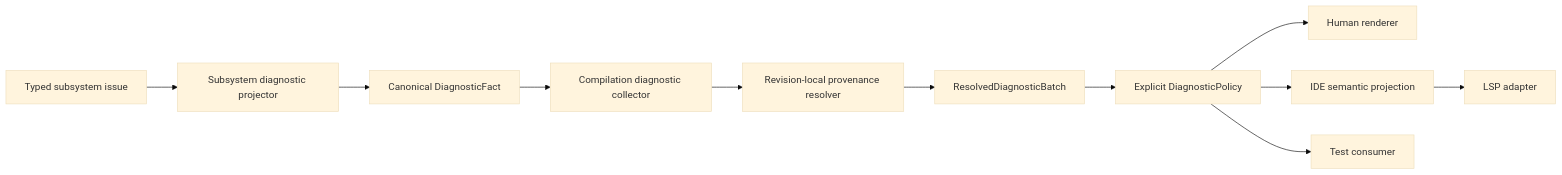
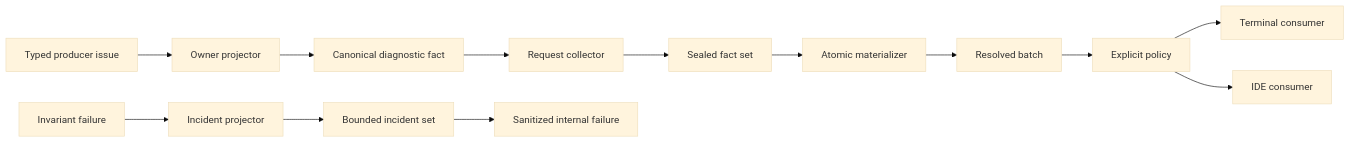
One commit to Zzzode/ZOM changed the diagram in docs/rfc/0047-diagnostics-architecture.md. Above: the diagram before and after it, drawn with Mermaid (base theme). The commit also changed other lines of this file and 238 other files, not shown here.

````diff
--- a/docs/rfc/0047-diagnostics-architecture.md
+++ b/docs/rfc/0047-diagnostics-architecture.md
@@ -298,13 +166,15 @@
 ```mermaid
 flowchart LR
-    I["Typed subsystem issue"] --> P["Subsystem diagnostic projector"]
-    P --> F["Canonical DiagnosticFact"]
-    F --> C["Compilation diagnostic collector"]
-    C --> R["Revision-local provenance resolver"]
-    R --> B["ResolvedDiagnosticBatch"]
-    B --> Y["Explicit DiagnosticPolicy"]
-    Y --> H["Human renderer"]
-    Y --> E["IDE semantic projection"]
-    E --> L["LSP adapter"]
-    Y --> T["Test consumer"]
+    I[Typed producer issue] --> P[Owner projector]
+    P --> F[Canonical diagnostic fact]
+    F --> C[Request collector]
+    C --> S[Sealed fact set]
+    S --> M[Atomic materializer]
+    M --> B[Resolved batch]
+    B --> O[Explicit policy]
+    O --> T[Terminal consumer]
+    O --> D[IDE consumer]
+    X[Invariant failure] --> R[Incident projector]
+    R --> A[Bounded incident set]
+    A --> E[Sanitized internal failure]
 ```
````
